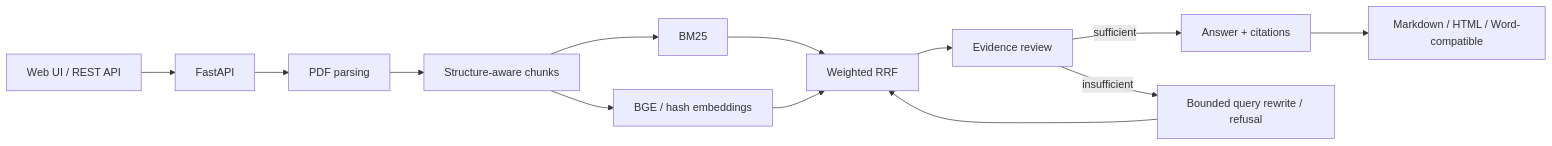
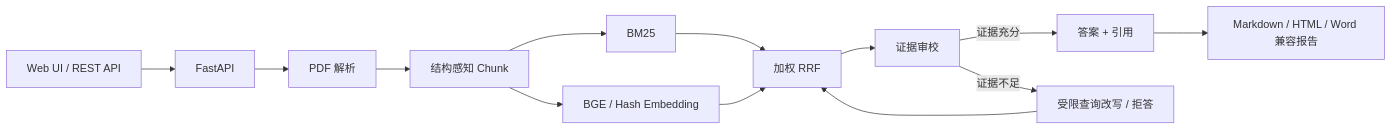
One commit to todosalu/EvidenceRAG changed the diagram in README.md. Above: the diagram before and after it, drawn with Mermaid. The commit also changed other lines of this file and 7 other files, not shown here.

````diff
--- a/README.md
+++ b/README.md
@@ -30,15 +30,15 @@
 ```mermaid
 flowchart LR
     UI["Web UI / REST API"] --> API["FastAPI"]
-    API --> PARSE["PDF parsing"]
-    PARSE --> CHUNK["Structure-aware chunks"]
+    API --> PARSE["PDF 解析"]
+    PARSE --> CHUNK["结构感知 Chunk"]
     CHUNK --> BM25["BM25"]
-    CHUNK --> VECTOR["BGE / hash embeddings"]
-    BM25 --> RRF["Weighted RRF"]
+    CHUNK --> VECTOR["BGE / Hash Embedding"]
+    BM25 --> RRF["加权 RRF"]
     VECTOR --> RRF
-    RRF --> REVIEW["Evidence review"]
-    REVIEW -->|sufficient| ANSWER["Answer + citations"]
-    REVIEW -->|insufficient| REWRITE["Bounded query rewrite / refusal"]
+    RRF --> REVIEW["证据审校"]
+    REVIEW -->|证据充分| ANSWER["答案 + 引用"]
+    REVIEW -->|证据不足| REWRITE["受限查询改写 / 拒答"]
     REWRITE --> RRF
-    ANSWER --> REPORT["Markdown / HTML / Word-compatible"]
+    ANSWER --> REPORT["Markdown / HTML / Word 兼容报告"]
 ```
````
